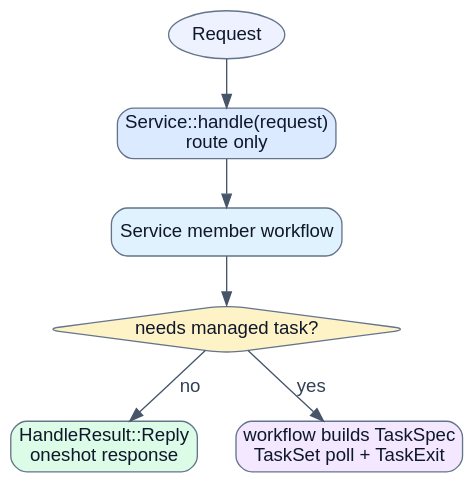
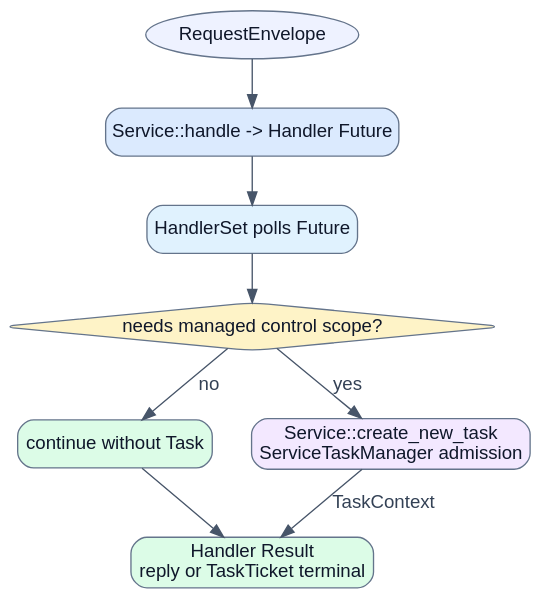
Before and after one commit to limushu/runtime: the diagram in docs/diagrams/task-decision.dot, drawn with Graphviz. The commit also changed 33 other files, not shown here.

```diff
--- a/docs/diagrams/task-decision.dot
+++ b/docs/diagrams/task-decision.dot
@@ -1,14 +1,17 @@
 digraph decision {
   graph [rankdir=TB, bgcolor="transparent", pad=0.3, nodesep=0.4, ranksep=0.5];
   node [shape=box, style="rounded,filled", fontname="Arial", color="#64748b", fillcolor="#f8fafc", fontcolor="#0f172a"];
   edge [fontname="Arial", color="#475569", fontcolor="#334155"];
-  request [label="Request", shape=oval, fillcolor="#eef2ff"];
-  handle [label="Service::handle(request)\nroute only", fillcolor="#dbeafe"];
-  workflow [label="Service member workflow", fillcolor="#e0f2fe"];
-  choice [label="needs managed task?", shape=diamond, fillcolor="#fef3c7"];
-  reply [label="HandleResult::Reply\noneshot response", fillcolor="#dcfce7"];
-  task [label="workflow builds TaskSpec\nTaskSet poll + TaskExit", fillcolor="#f3e8ff"];
-  request -> handle -> workflow -> choice;
-  choice -> reply [label=" no"];
-  choice -> task [label=" yes"];
+  request [label="RequestEnvelope", shape=oval, fillcolor="#eef2ff"];
+  handler [label="Service::handle -> Handler Future", fillcolor="#dbeafe"];
+  poll [label="HandlerSet polls Future", fillcolor="#e0f2fe"];
+  choice [label="needs managed control scope?", shape=diamond, fillcolor="#fef3c7"];
+  plain [label="continue without Task", fillcolor="#dcfce7"];
+  manager [label="Service::create_new_task\nServiceTaskManager admission", fillcolor="#f3e8ff"];
+  result [label="Handler Result\nreply or TaskTicket terminal", fillcolor="#dcfce7"];
+  request -> handler -> poll -> choice;
+  choice -> plain [label=" no"];
+  choice -> manager [label=" yes"];
+  plain -> result;
+  manager -> result [label=" TaskContext"];
 }
```
